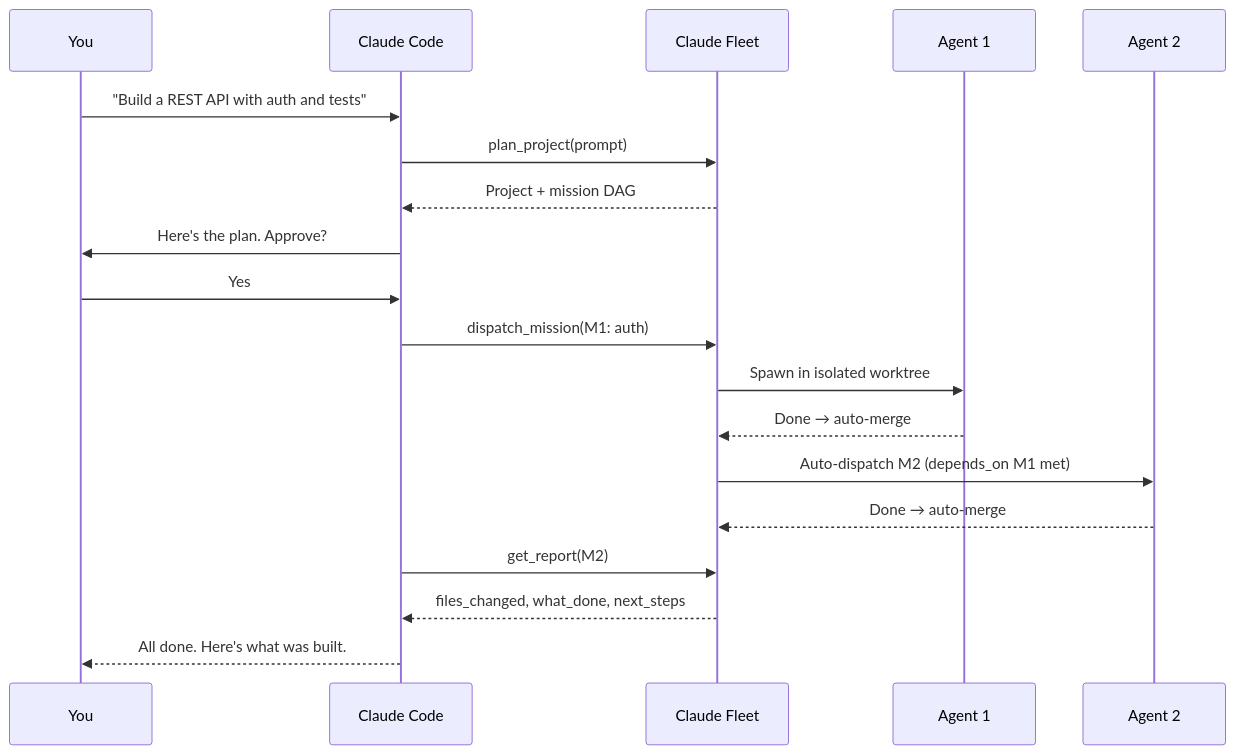
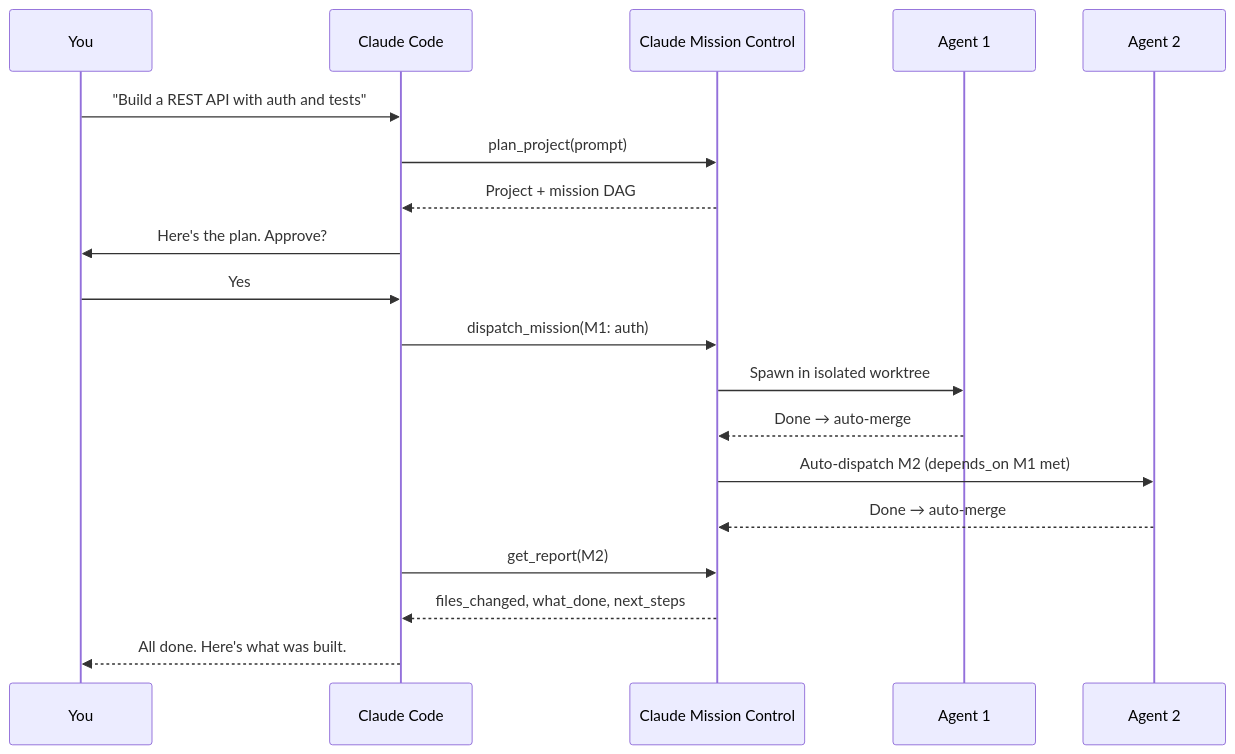
The first of 2 diagrams in README.md (Cyvid7-Darus10/claude-mission-control), drawn with Mermaid before and after one commit. The commit also changed other lines of this file and 1 other file, not shown here.

Commit message:
refactor: rename to Claude Mission Control

````diff
--- a/README.md
+++ b/README.md
@@ -67,22 +67,22 @@
 ```mermaid
 sequenceDiagram
     participant U as You
     participant C as Claude Code
-    participant F as Claude Fleet
+    participant F as Claude Mission Control
     participant A1 as Agent 1
     participant A2 as Agent 2
 
     U->>C: "Build a REST API with auth and tests"
     C->>F: plan_project(prompt)
     F-->>C: Project + mission DAG
     C->>U: Here's the plan. Approve?
     U->>C: Yes
     C->>F: dispatch_mission(M1: auth)
     F->>A1: Spawn in isolated worktree
     A1-->>F: Done → auto-merge
     F->>A2: Auto-dispatch M2 (depends_on M1 met)
     A2-->>F: Done → auto-merge
     C->>F: get_report(M2)
     F-->>C: files_changed, what_done, next_steps
     C-->>U: All done. Here's what was built.
 ```
````
